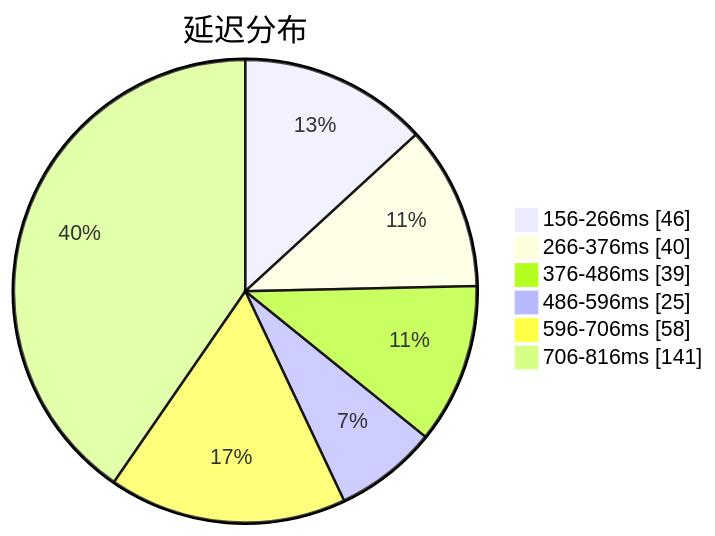
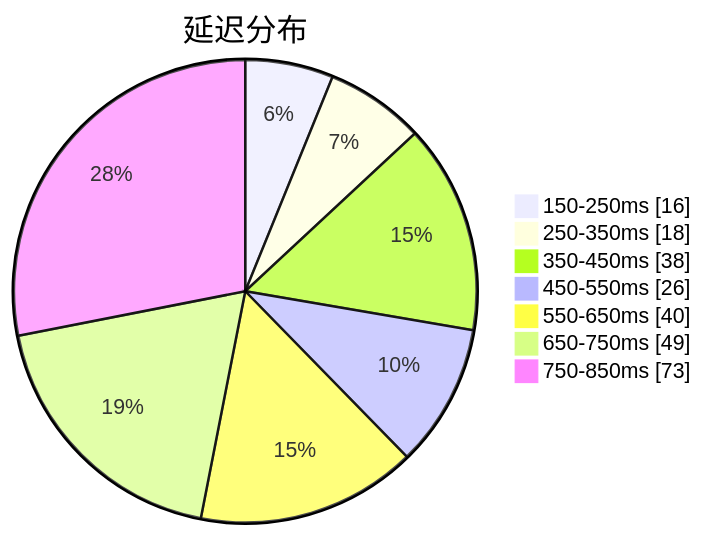
One commit to qjlxg/airport changed the first of 3 diagrams in subs/statistics/tested_within.md. Above: the diagram before and after it, drawn with Mermaid. The commit also changed other lines of this file and 2 other files, not shown here.

Commit message:
Tested by metaST

````diff
--- a/subs/statistics/tested_within.md
+++ b/subs/statistics/tested_within.md
@@ -2,10 +2,11 @@
 ```mermaid
 pie showData
 title 延迟分布
-"156-266ms" : 46
-"266-376ms" : 40
-"376-486ms" : 39
-"486-596ms" : 25
-"596-706ms" : 58
-"706-816ms" : 141
+"150-250ms" : 16
+"250-350ms" : 18
+"350-450ms" : 38
+"450-550ms" : 26
+"550-650ms" : 40
+"650-750ms" : 49
+"750-850ms" : 73
 ```
````
